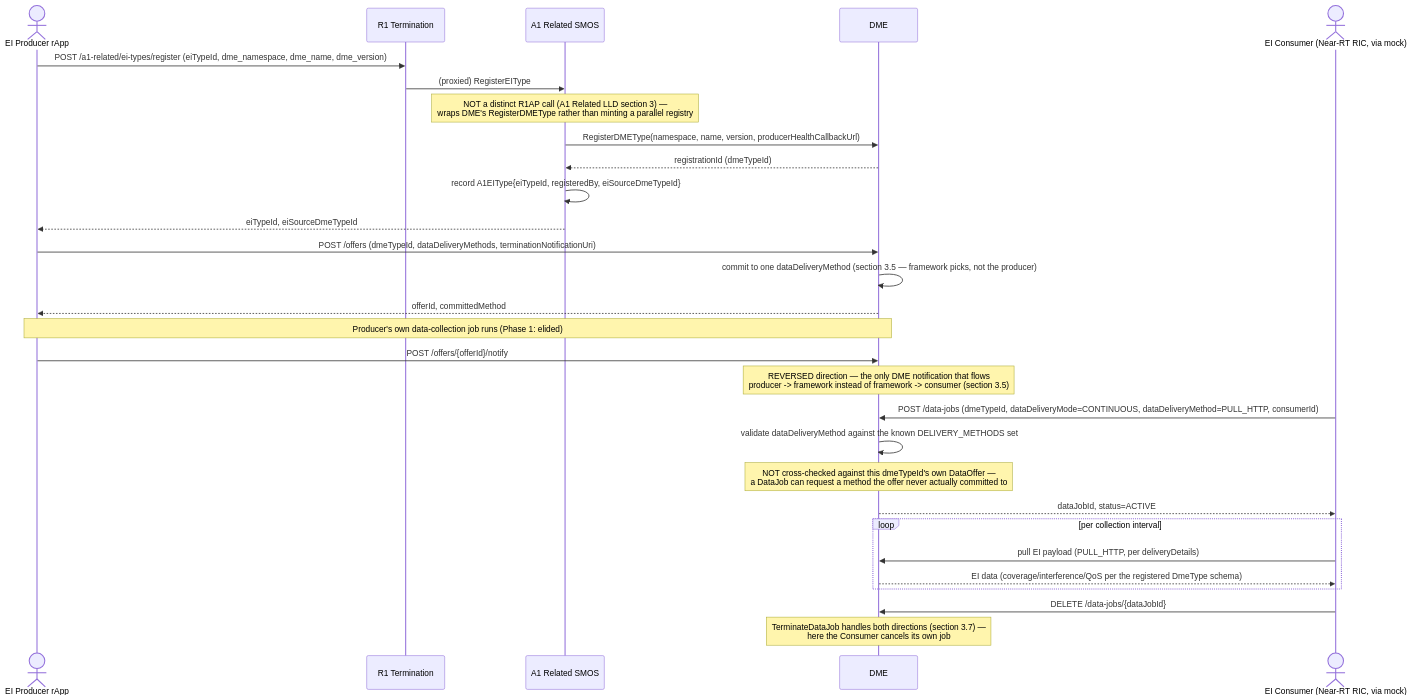
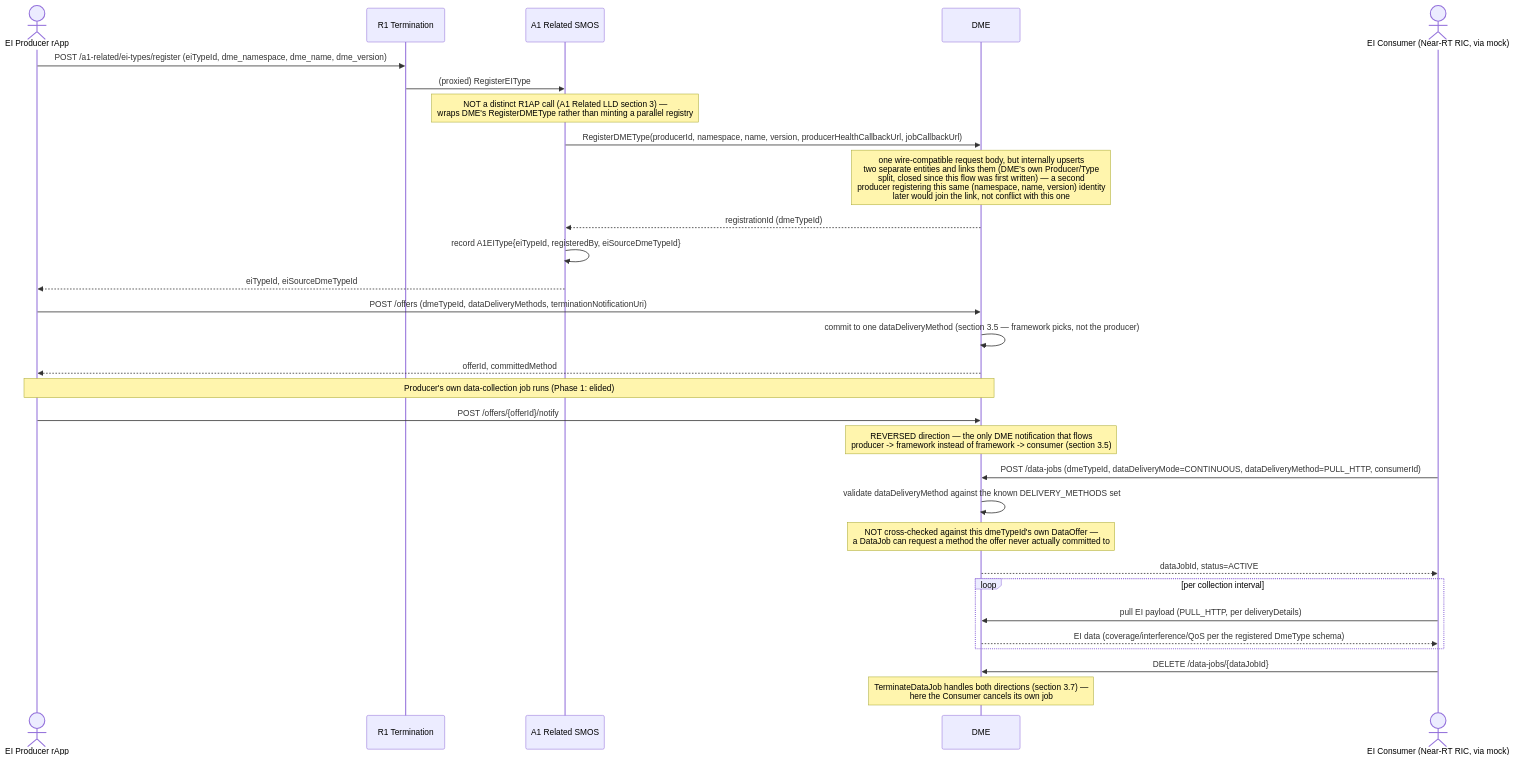
One commit to rsys-bshankar/ai-ran-ref changed the diagram in smo/docs/call-flows/05-a1-ei-registration-to-consumption.md. Above: the diagram before and after it, drawn with Mermaid. The commit also changed other lines of this file and 17 other files, not shown here.

````diff
--- a/smo/docs/call-flows/05-a1-ei-registration-to-consumption.md
+++ b/smo/docs/call-flows/05-a1-ei-registration-to-consumption.md
@@ -7,37 +7,38 @@
 ```mermaid
 sequenceDiagram
     actor Producer as EI Producer rApp
     participant R1 as R1 Termination
     participant A1R as A1 Related SMOS
     participant DME as DME
     actor Consumer as EI Consumer (Near-RT RIC, via mock)
 
     Producer->>R1: POST /a1-related/ei-types/register (eiTypeId, dme_namespace, dme_name, dme_version)
     R1->>A1R: (proxied) RegisterEIType
     Note over A1R: NOT a distinct R1AP call (A1 Related LLD section 3) —<br/>wraps DME's RegisterDMEType rather than minting a parallel registry
-    A1R->>DME: RegisterDMEType(namespace, name, version, producerHealthCallbackUrl)
+    A1R->>DME: RegisterDMEType(producerId, namespace, name, version, producerHealthCallbackUrl, jobCallbackUrl)
+    Note over DME: one wire-compatible request body, but internally upserts<br/>two separate entities and links them (DME's own Producer/Type<br/>split, closed since this flow was first written) — a second<br/>producer registering this same (namespace, name, version) identity<br/>later would join the link, not conflict with this one
     DME-->>A1R: registrationId (dmeTypeId)
     A1R->>A1R: record A1EIType{eiTypeId, registeredBy, eiSourceDmeTypeId}
     A1R-->>Producer: eiTypeId, eiSourceDmeTypeId
 
     Producer->>DME: POST /offers (dmeTypeId, dataDeliveryMethods, terminationNotificationUri)
     DME->>DME: commit to one dataDeliveryMethod (section 3.5 — framework picks, not the producer)
     DME-->>Producer: offerId, committedMethod
 
     Note over Producer,DME: Producer's own data-collection job runs (Phase 1: elided)
     Producer->>DME: POST /offers/{offerId}/notify
     Note over DME: REVERSED direction — the only DME notification that flows<br/>producer -> framework instead of framework -> consumer (section 3.5)
 
     Consumer->>DME: POST /data-jobs (dmeTypeId, dataDeliveryMode=CONTINUOUS, dataDeliveryMethod=PULL_HTTP, consumerId)
     DME->>DME: validate dataDeliveryMethod against the known DELIVERY_METHODS set
     Note over DME: NOT cross-checked against this dmeTypeId's own DataOffer —<br/>a DataJob can request a method the offer never actually committed to
     DME-->>Consumer: dataJobId, status=ACTIVE
 
     loop per collection interval
         Consumer->>DME: pull EI payload (PULL_HTTP, per deliveryDetails)
         DME-->>Consumer: EI data (coverage/interference/QoS per the registered DmeType schema)
     end
 
     Consumer->>DME: DELETE /data-jobs/{dataJobId}
     Note over DME: TerminateDataJob handles both directions (section 3.7) —<br/>here the Consumer cancels its own job
 ```
````
